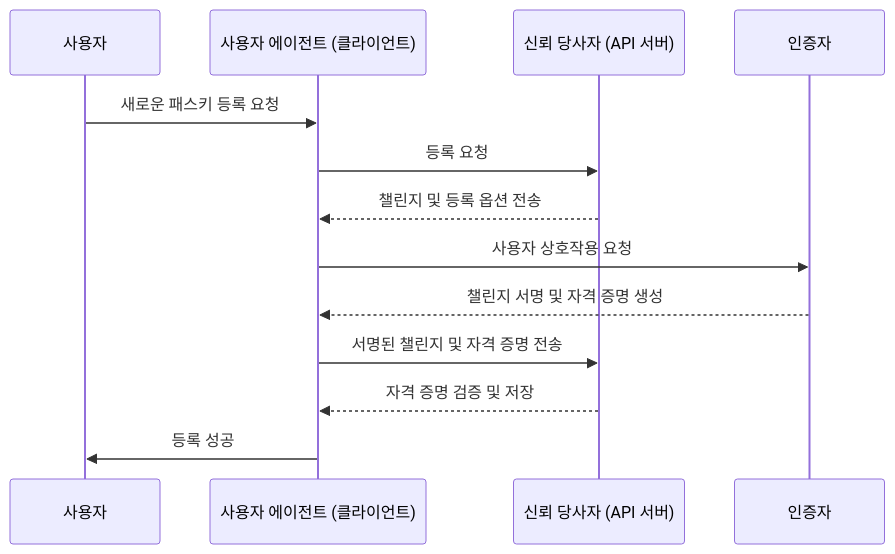
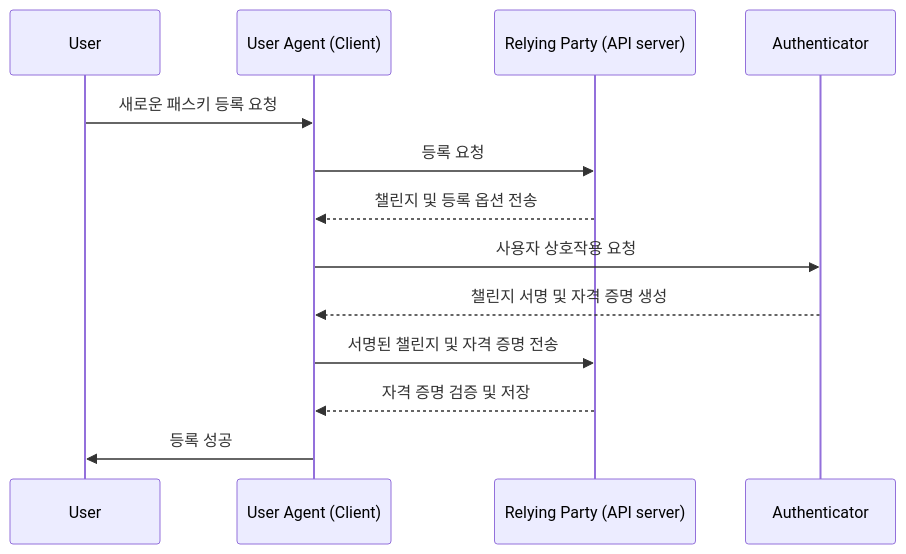
The first of 2 diagrams in src/content/terms/ko/webauthn.mdx (logto-io/auth-wiki), drawn with Mermaid before and after one commit. The commit also changed other lines of this file and 98 other files, not shown here.

````diff
--- a/src/content/terms/ko/webauthn.mdx
+++ b/src/content/terms/ko/webauthn.mdx
@@ -39,16 +47,16 @@
 ```mermaid
 sequenceDiagram
-	participant 사용자
-	participant 사용자 에이전트 (클라이언트)
-	participant 신뢰 당사자 (API 서버) 
-	participant 인증자
+	participant User
+	participant User Agent (Client)
+	participant Relying Party (API server) 
+	participant Authenticator
 
-	사용자 ->> 사용자 에이전트 (클라이언트): 새로운 패스키 등록 요청
-	사용자 에이전트 (클라이언트) ->> 신뢰 당사자 (API 서버): 등록 요청
-	신뢰 당사자 (API 서버) -->> 사용자 에이전트 (클라이언트): 챌린지 및 등록 옵션 전송
-	사용자 에이전트 (클라이언트) ->> 인증자: 사용자 상호작용 요청
-	인증자 -->> 사용자 에이전트 (클라이언트): 챌린지 서명 및 자격 증명 생성
-	사용자 에이전트 (클라이언트) ->> 신뢰 당사자 (API 서버): 서명된 챌린지 및 자격 증명 전송
-	신뢰 당사자 (API 서버) -->> 사용자 에이전트 (클라이언트): 자격 증명 검증 및 저장
-	사용자 에이전트 (클라이언트) ->> 사용자: 등록 성공
+	User ->> User Agent (Client): 새로운 패스키 등록 요청
+	User Agent (Client) ->> Relying Party (API server): 등록 요청
+	Relying Party (API server) -->> User Agent (Client): 챌린지 및 등록 옵션 전송
+	User Agent (Client) ->> Authenticator: 사용자 상호작용 요청
+	Authenticator -->> User Agent (Client): 챌린지 서명 및 자격 증명 생성
+	User Agent (Client) ->> Relying Party (API server): 서명된 챌린지 및 자격 증명 전송
+	Relying Party (API server) -->> User Agent (Client): 자격 증명 검증 및 저장
+	User Agent (Client) ->> User: 등록 성공
 ```
````
